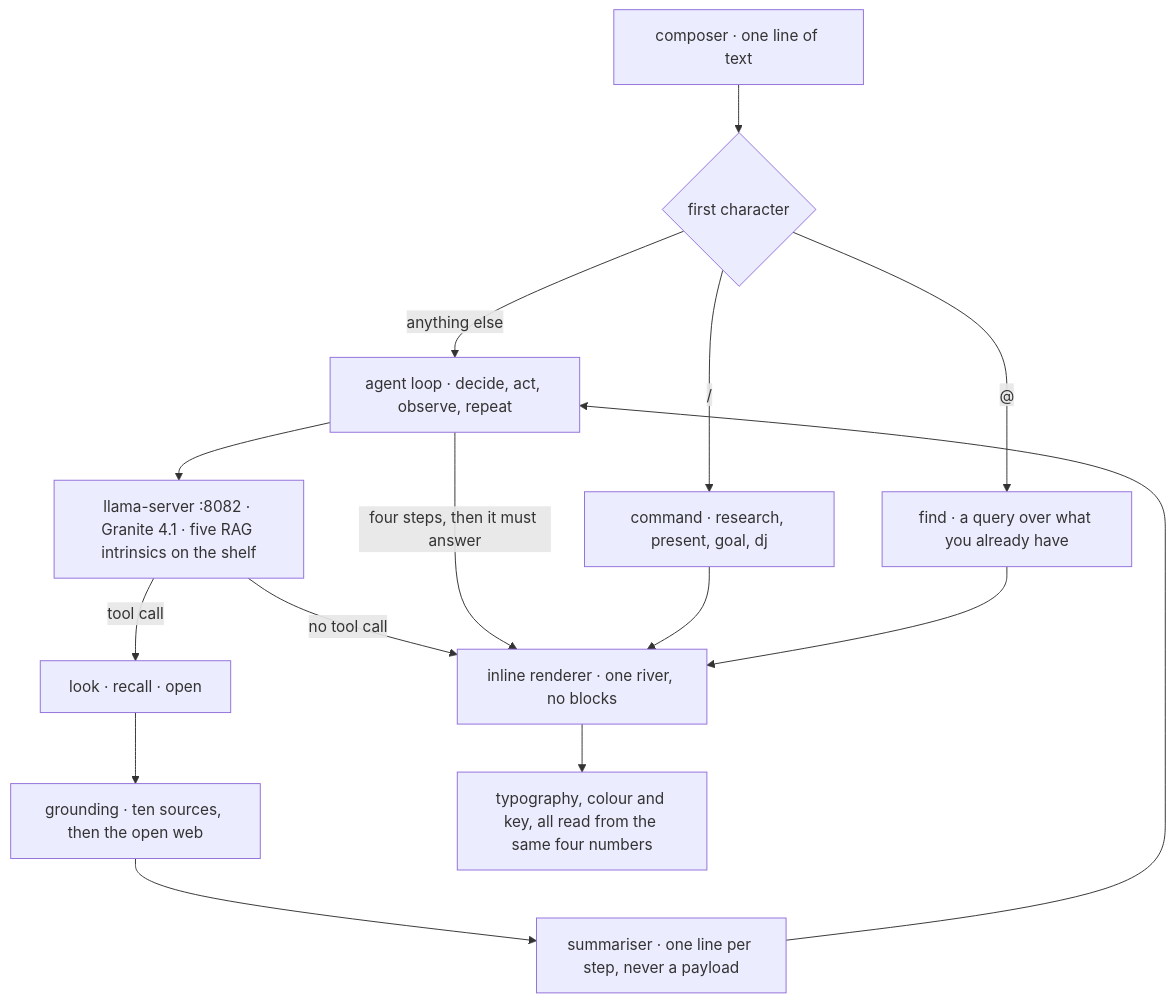
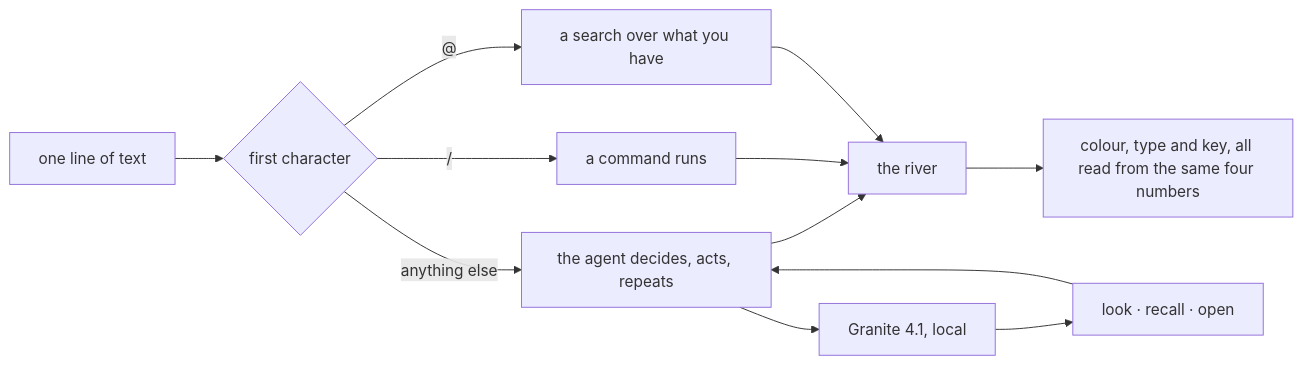
One commit to qubie-org/qi changed the diagram in README.md. Above: the diagram before and after it, drawn with Mermaid. The commit also changed other lines of this file, not shown here.

First line of the commit message:
readme: shorter, and about what it is like to use

````diff
--- a/README.md
+++ b/README.md
@@ -153,19 +58,14 @@
 ```mermaid
-flowchart TD
-  composer["composer · one line of text"]
-  composer --> sigil{"first character"}
-  sigil -->|"/"| cmd["command · research, present, goal, dj"]
-  sigil -->|"@"| find["find · a query over what you already have"]
-  sigil -->|"anything else"| loop["agent loop · decide, act, observe, repeat"]
-
-  loop --> llm["llama-server :8082 · Granite 4.1 · five RAG intrinsics on the shelf"]
-  llm -->|"tool call"| verbs["look · recall · open"]
-  llm -->|"no tool call"| river
-  verbs --> ground["grounding · ten sources, then the open web"]
-  ground --> digest["summariser · one line per step, never a payload"]
-  digest --> loop
-  loop -->|"four steps, then it must answer"| river["inline renderer · one river, no blocks"]
+flowchart LR
+  you["one line of text"] --> sigil{"first character"}
+  sigil -->|"/"| cmd["a command runs"]
+  sigil -->|"@"| find["a search over what you have"]
+  sigil -->|"anything else"| loop["the agent decides, acts, repeats"]
+  loop --> model["Granite 4.1, local"]
+  model --> tools["look · recall · open"]
+  tools --> loop
+  loop --> river["the river"]
   cmd --> river
   find --> river
-  river --> page["typography, colour and key, all read from the same four numbers"]
+  river --> feel["colour, type and key, all read from the same four numbers"]
 ```
````
